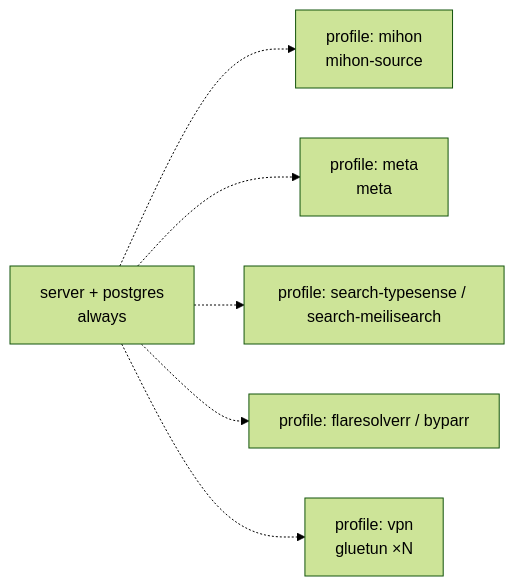
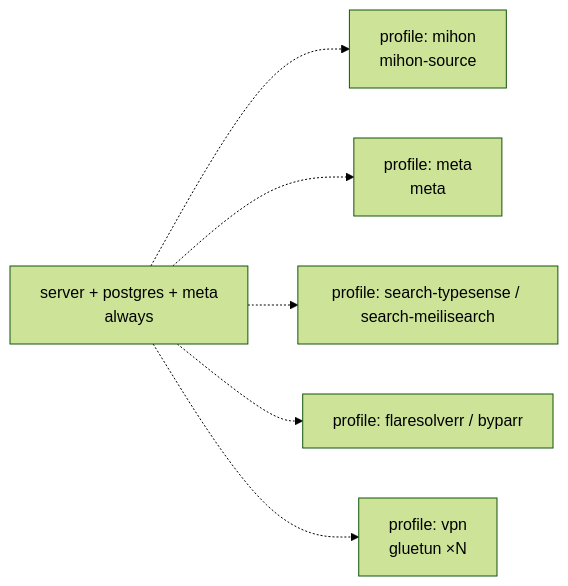
Before and after one commit to panelarr/knowledge: the diagram in architecture/deployment.md, drawn with Mermaid (forest theme). The commit also changed other lines of this file and 15 other files, not shown here.

````diff
--- a/architecture/deployment.md
+++ b/architecture/deployment.md
@@ -29,9 +29,9 @@
 ```mermaid
 flowchart LR
-    S[server + postgres<br/>always]
+    S[server + postgres + meta<br/>always]
     S -.-> P1[profile: mihon<br/>mihon-source]
     S -.-> P2[profile: meta<br/>meta]
     S -.-> P3[profile: search-typesense / search-meilisearch]
     S -.-> P4[profile: flaresolverr / byparr]
     S -.-> P5[profile: vpn<br/>gluetun ×N]
 ```
````
